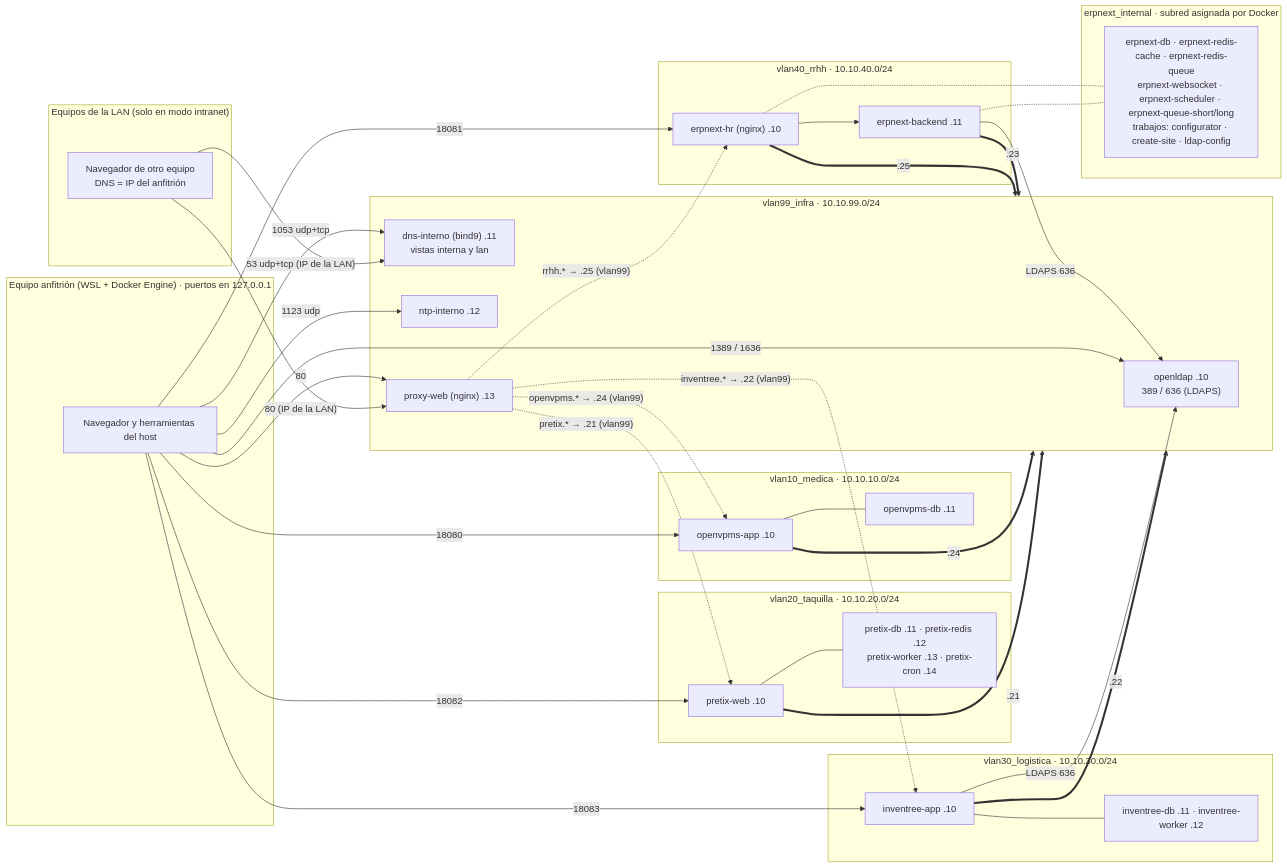
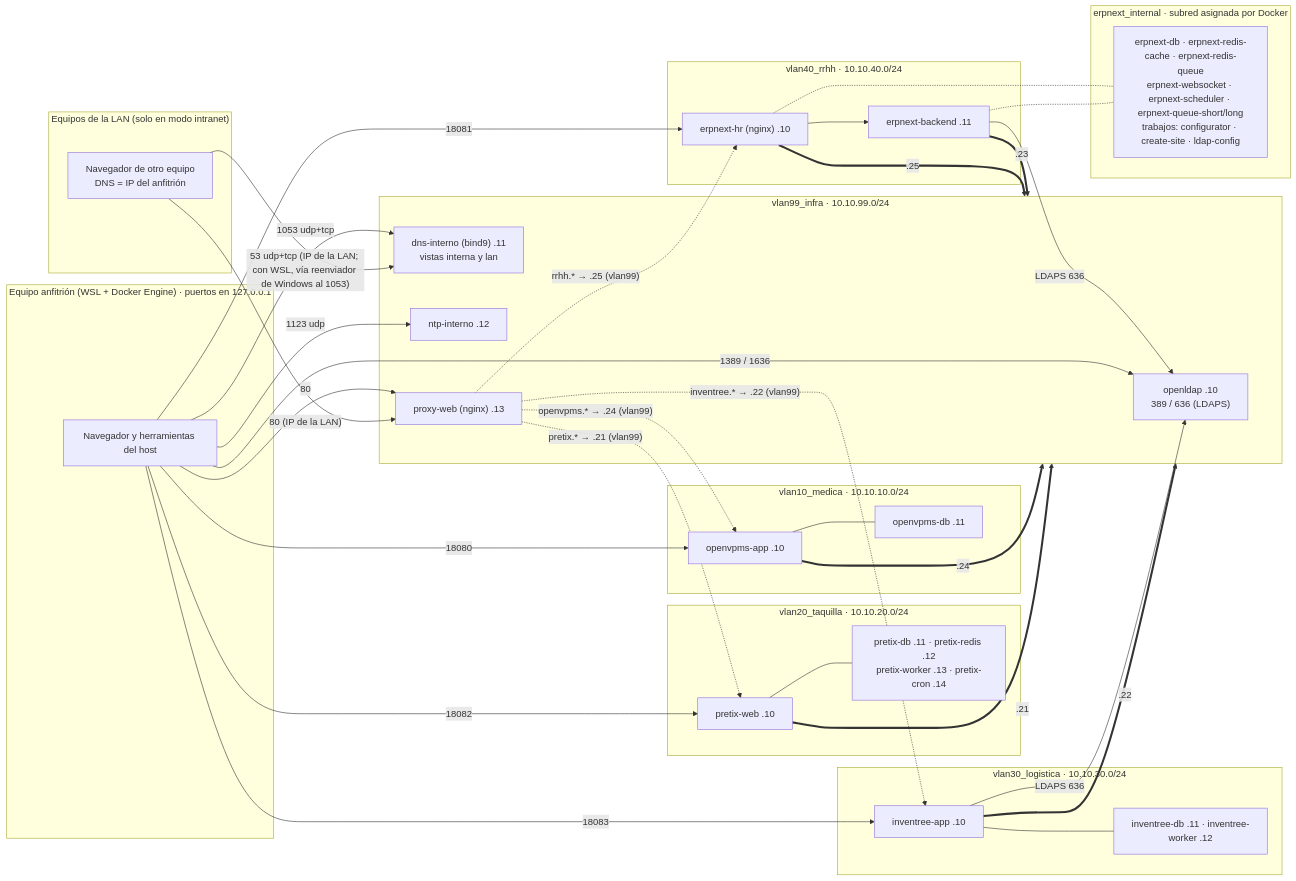
The diagram in docs/arquitectura.md (J4F3ET/UD.RedesCorporativa.ProyectoFinal), drawn with Mermaid before and after one commit. The commit also changed other lines of this file and 3 other files, not shown here.

First line of the commit message:
Docs: reenviador DNS del modo intranet y checklist de clientes

````diff
--- a/docs/arquitectura.md
+++ b/docs/arquitectura.md
@@ -36,72 +36,72 @@
 ```mermaid
 flowchart LR
   subgraph HOST["Equipo anfitrión (WSL + Docker Engine) · puertos en 127.0.0.1"]
     NAV["Navegador y herramientas del host"]
   end
 
   subgraph LAN["Equipos de la LAN (solo en modo intranet)"]
     CLI["Navegador de otro equipo<br/>DNS = IP del anfitrión"]
   end
 
   subgraph V10["vlan10_medica · 10.10.10.0/24"]
     OVA["openvpms-app .10"]
     OVX["openvpms-db .11"]
   end
 
   subgraph V20["vlan20_taquilla · 10.10.20.0/24"]
     PXW["pretix-web .10"]
     PXX["pretix-db .11 · pretix-redis .12<br/>pretix-worker .13 · pretix-cron .14"]
   end
 
   subgraph V30["vlan30_logistica · 10.10.30.0/24"]
     INA["inventree-app .10"]
     INX["inventree-db .11 · inventree-worker .12"]
   end
 
   subgraph V40["vlan40_rrhh · 10.10.40.0/24"]
     EHR["erpnext-hr (nginx) .10"]
     EBK["erpnext-backend .11"]
   end
 
   subgraph EI["erpnext_internal · subred asignada por Docker"]
     EXX["erpnext-db · erpnext-redis-cache · erpnext-redis-queue<br/>erpnext-websocket · erpnext-scheduler · erpnext-queue-short/long<br/>trabajos: configurator · create-site · ldap-config"]
   end
 
   subgraph V99["vlan99_infra · 10.10.99.0/24"]
     LDAP["openldap .10<br/>389 / 636 (LDAPS)"]
     DNS["dns-interno (bind9) .11<br/>vistas interna y lan"]
     NTP["ntp-interno .12"]
     PRX["proxy-web (nginx) .13"]
   end
 
   OVA --- OVX
   PXW --- PXX
   INA --- INX
   EHR --> EBK
   EHR -.- EXX
   EBK -.- EXX
 
   OVA ==>|".24"| V99
   PXW ==>|".21"| V99
   INA ==>|".22"| V99
   EBK ==>|".23"| V99
   EHR ==>|".25"| V99
 
   INA -->|"LDAPS 636"| LDAP
   EBK -->|"LDAPS 636"| LDAP
   PRX -.->|"openvpms.* → .24 (vlan99)"| OVA
   PRX -.->|"pretix.* → .21 (vlan99)"| PXW
   PRX -.->|"inventree.* → .22 (vlan99)"| INA
   PRX -.->|"rrhh.* → .25 (vlan99)"| EHR
 
   NAV -->|"18080"| OVA
   NAV -->|"18082"| PXW
   NAV -->|"18083"| INA
   NAV -->|"18081"| EHR
   NAV -->|"1389 / 1636"| LDAP
   NAV -->|"1053 udp+tcp"| DNS
   NAV -->|"1123 udp"| NTP
   NAV -->|"80"| PRX
   CLI -->|"80 (IP de la LAN)"| PRX
-  CLI -->|"53 udp+tcp (IP de la LAN)"| DNS
+  CLI -->|"53 udp+tcp (IP de la LAN; con WSL, vía reenviador de Windows al 1053)"| DNS
 ```
````
